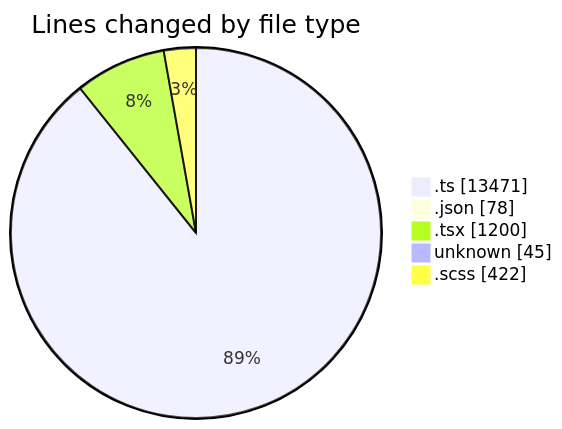
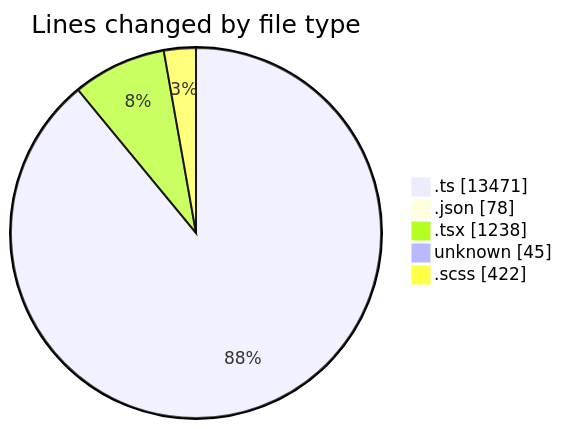
The first of 2 diagrams in 2025-08-29/cda/README.md (momahboobian/code-tracking), drawn with Mermaid before and after one commit. The commit also changed other lines of this file and 1 other file, not shown here.

````diff
--- a/2025-08-29/cda/README.md
+++ b/2025-08-29/cda/README.md
@@ -32,9 +32,9 @@
 ```mermaid
 pie showData
 title Lines changed by file type
 ".ts" : 13471
 ".json" : 78
-".tsx" : 1200
+".tsx" : 1238
 "unknown" : 45
 ".scss" : 422
 ```
````
